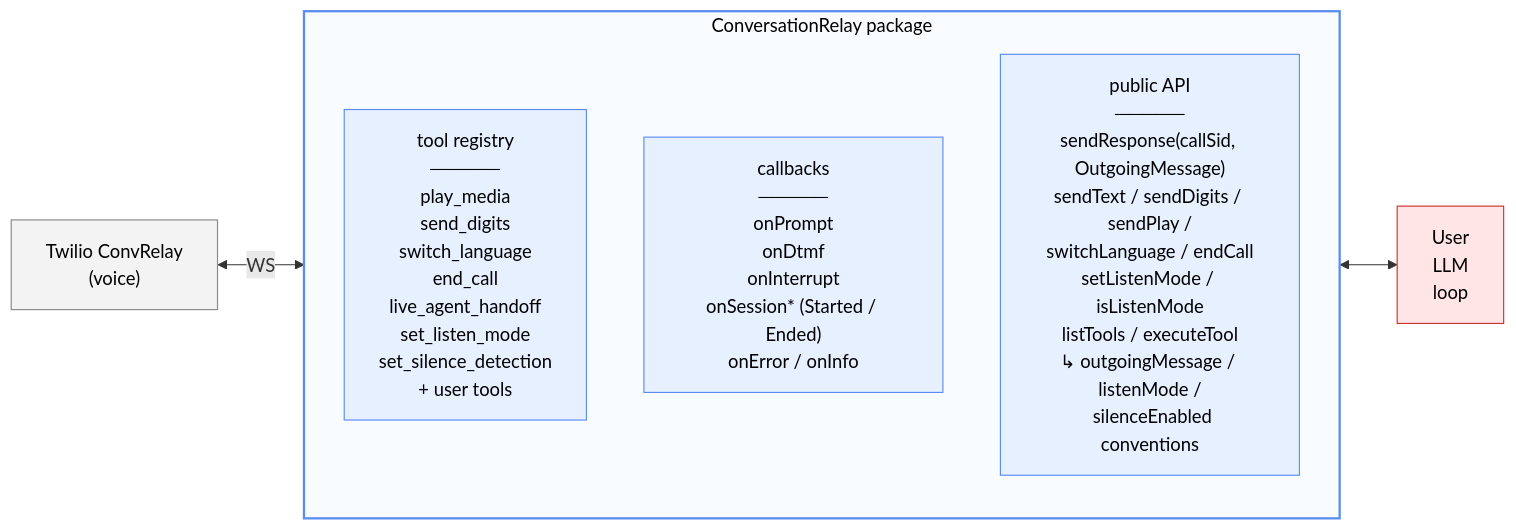
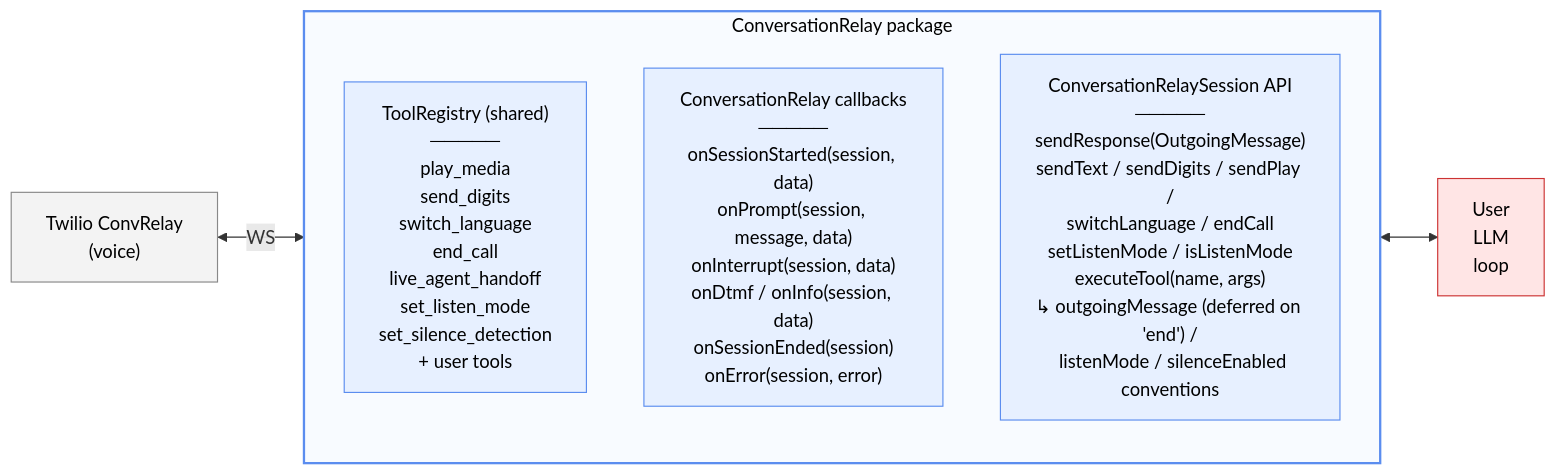
The diagram in packages/conversationrelay/README.md (deshartman/twilio-agent-connect-typescript), drawn with Mermaid before and after one commit. The commit also changed other lines of this file and 46 other files, not shown here.

````diff
--- a/packages/conversationrelay/README.md
+++ b/packages/conversationrelay/README.md
@@ -18,21 +29,21 @@
 ```mermaid
 graph LR
     Twilio["Twilio ConvRelay<br/>(voice)"]
 
     subgraph CR["ConversationRelay package"]
         direction TB
-        Registry["tool registry<br/>─────<br/>play_media<br/>send_digits<br/>switch_language<br/>end_call<br/>live_agent_handoff<br/>set_listen_mode<br/>set_silence_detection<br/>+ user tools"]:::cr
-        Callbacks["callbacks<br/>─────<br/>onPrompt<br/>onDtmf<br/>onInterrupt<br/>onSession* (Started / Ended)<br/>onError / onInfo"]:::cr
-        API["public API<br/>─────<br/>sendResponse(callSid, OutgoingMessage)<br/>sendText / sendDigits / sendPlay /<br/>switchLanguage / endCall<br/>setListenMode / isListenMode<br/>listTools / executeTool<br/>↳ outgoingMessage / listenMode /<br/>&nbsp;&nbsp;silenceEnabled conventions"]:::cr
+        Registry["ToolRegistry (shared)<br/>─────<br/>play_media<br/>send_digits<br/>switch_language<br/>end_call<br/>live_agent_handoff<br/>set_listen_mode<br/>set_silence_detection<br/>+ user tools"]:::cr
+        Callbacks["ConversationRelay callbacks<br/>─────<br/>onSessionStarted(session, data)<br/>onPrompt(session, message, data)<br/>onInterrupt(session, data)<br/>onDtmf / onInfo(session, data)<br/>onSessionEnded(session)<br/>onError(session, error)"]:::cr
+        API["ConversationRelaySession API<br/>─────<br/>sendResponse(OutgoingMessage)<br/>sendText / sendDigits / sendPlay /<br/>switchLanguage / endCall<br/>setListenMode / isListenMode<br/>executeTool(name, args)<br/>↳ outgoingMessage (deferred on 'end') /<br/>&nbsp;&nbsp;listenMode / silenceEnabled conventions"]:::cr
     end
 
     User["User<br/>LLM<br/>loop"]:::you
 
     Twilio <-->|WS| CR
     CR <--> User
 
     classDef cr fill:#e7f0ff,stroke:#5b8def,color:#000
     classDef you fill:#ffe5e5,stroke:#cc3333,color:#000
     style Twilio fill:#f3f3f3,stroke:#888,color:#000
     style CR fill:#f8fbff,stroke:#5b8def,stroke-width:2px,color:#000
 ```
````
